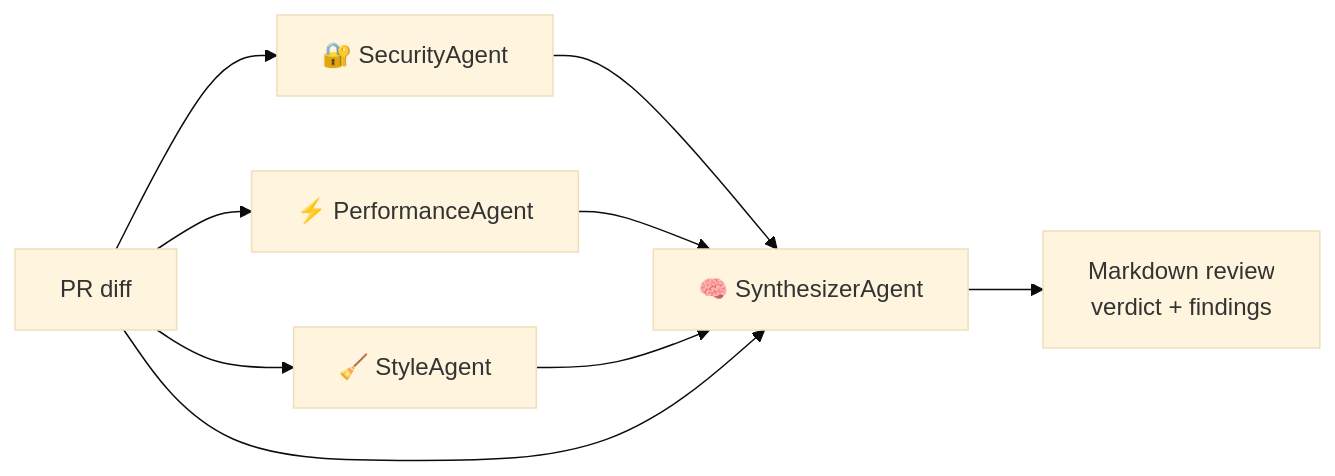
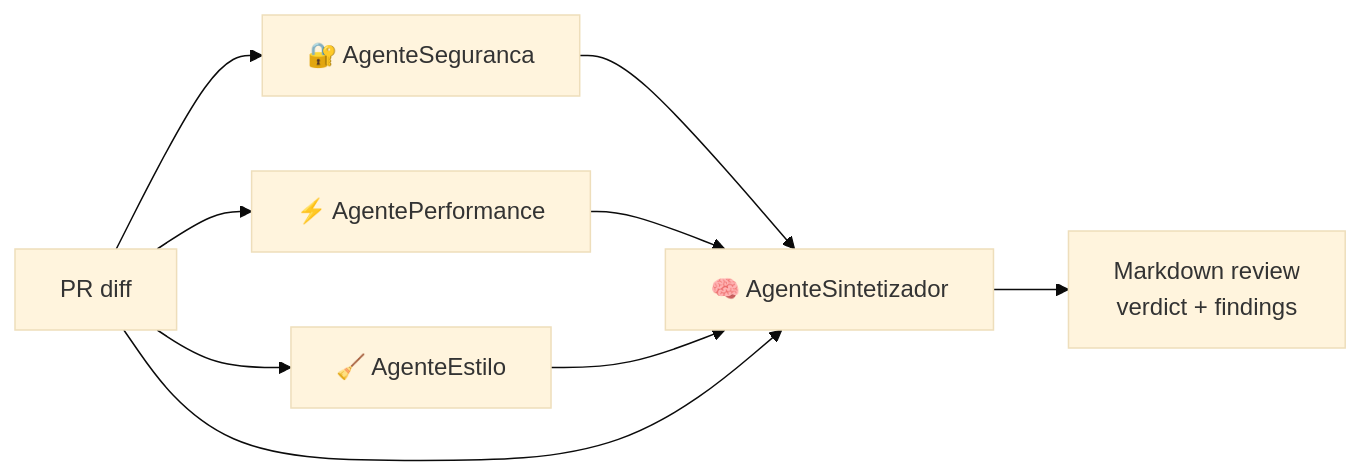
One commit to Cosmess/code-review-crew changed the diagram in README.md. Above: the diagram before and after it, drawn with Mermaid (base theme). The commit also changed other lines of this file, not shown here.

````diff
--- a/README.md
+++ b/README.md
@@ -14,11 +14,11 @@
 ```mermaid
 flowchart LR
-    D[PR diff] --> S1[🔐 SecurityAgent]
-    D --> S2[⚡ PerformanceAgent]
-    D --> S3[🧹 StyleAgent]
-    S1 --> Y[🧠 SynthesizerAgent]
+    D[PR diff] --> S1[🔐 AgenteSeguranca]
+    D --> S2[⚡ AgentePerformance]
+    D --> S3[🧹 AgenteEstilo]
+    S1 --> Y[🧠 AgenteSintetizador]
     S2 --> Y
     S3 --> Y
     D --> Y
     Y --> R[Markdown review<br/>verdict + findings]
 ```
````
